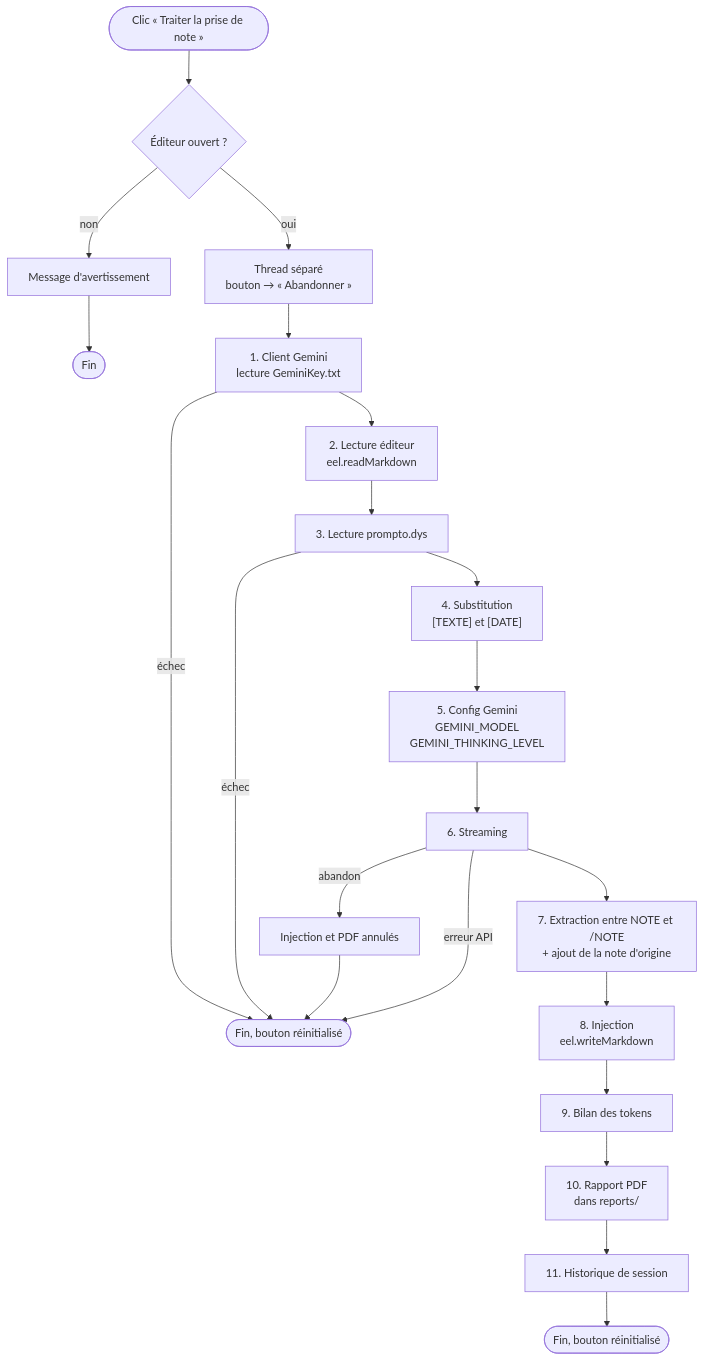
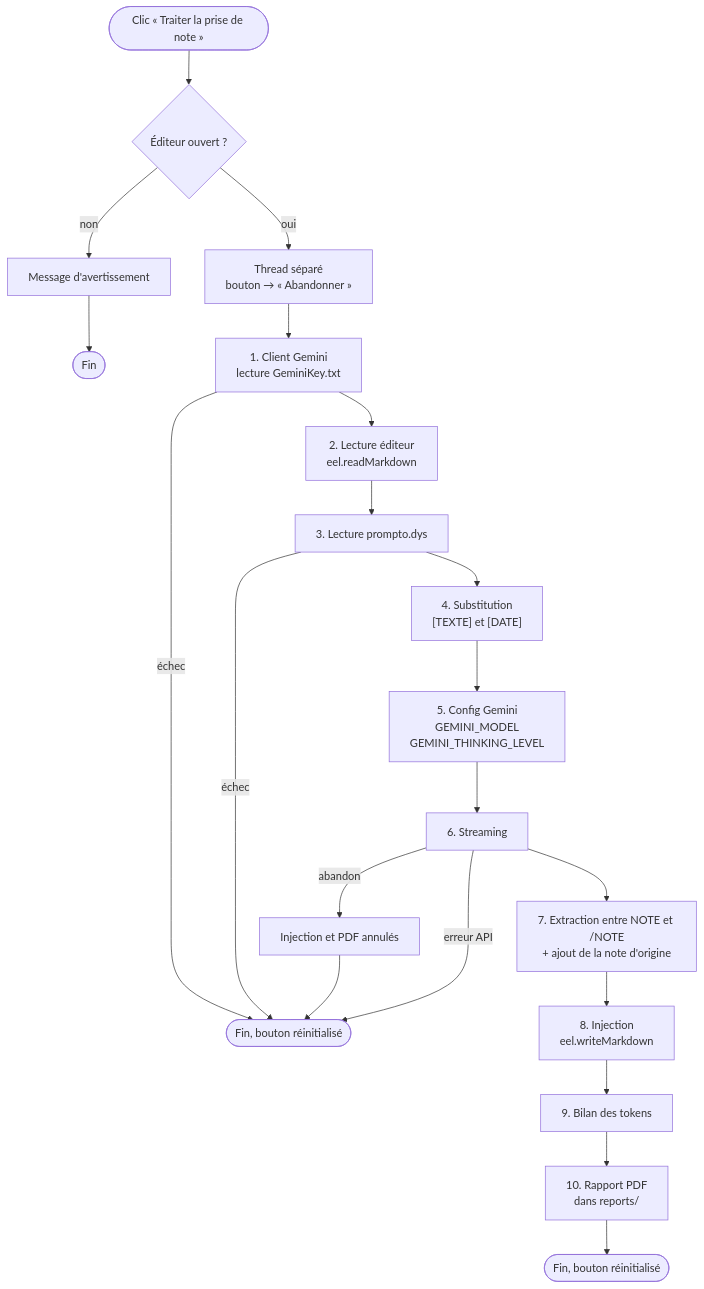
The first of 8 diagrams in doc/WORKFLOW_GEMINI.md (lecinquiemejour-code/PromptoDYS_app), drawn with Mermaid before and after one commit. The commit also changed other lines of this file and 4 other files, not shown here.

````diff
--- a/doc/WORKFLOW_GEMINI.md
+++ b/doc/WORKFLOW_GEMINI.md
@@ -30,24 +30,23 @@
 ```mermaid
 flowchart TD
     START(["Clic « Traiter la prise de note »"]) --> CHK{"Éditeur ouvert ?"}
     CHK -- non --> WARN["Message d'avertissement"] --> FIN0(["Fin"])
     CHK -- oui --> THREAD["Thread séparé<br/>bouton → « Abandonner »"]
 
     THREAD --> E1["1. Client Gemini<br/>lecture GeminiKey.txt"]
     E1 -- échec --> ERR(["Fin, bouton réinitialisé"])
     E1 --> E2["2. Lecture éditeur<br/>eel.readMarkdown"]
     E2 --> E3["3. Lecture prompto.dys"]
     E3 -- échec --> ERR
     E3 --> E4["4. Substitution<br/>[TEXTE] et [DATE]"]
     E4 --> E5["5. Config Gemini<br/>GEMINI_MODEL<br/>GEMINI_THINKING_LEVEL"]
     E5 --> E6["6. Streaming"]
 
     E6 -- abandon --> ABORT["Injection et PDF annulés"] --> ERR
     E6 -- erreur API --> ERR
     E6 --> E7["7. Extraction entre NOTE et /NOTE<br/>+ ajout de la note d'origine"]
     E7 --> E8["8. Injection<br/>eel.writeMarkdown"]
     E8 --> E9["9. Bilan des tokens"]
     E9 --> E10["10. Rapport PDF<br/>dans reports/"]
-    E10 --> E11["11. Historique de session"]
-    E11 --> FIN(["Fin, bouton réinitialisé"])
+    E10 --> FIN(["Fin, bouton réinitialisé"])
 ```
````
